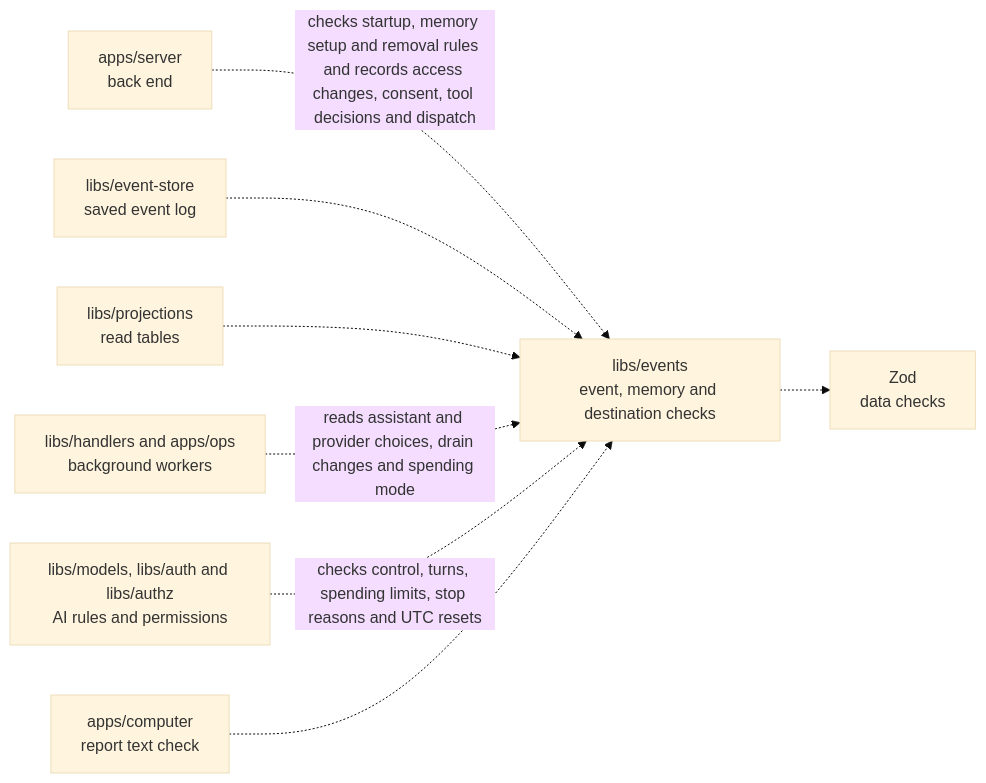
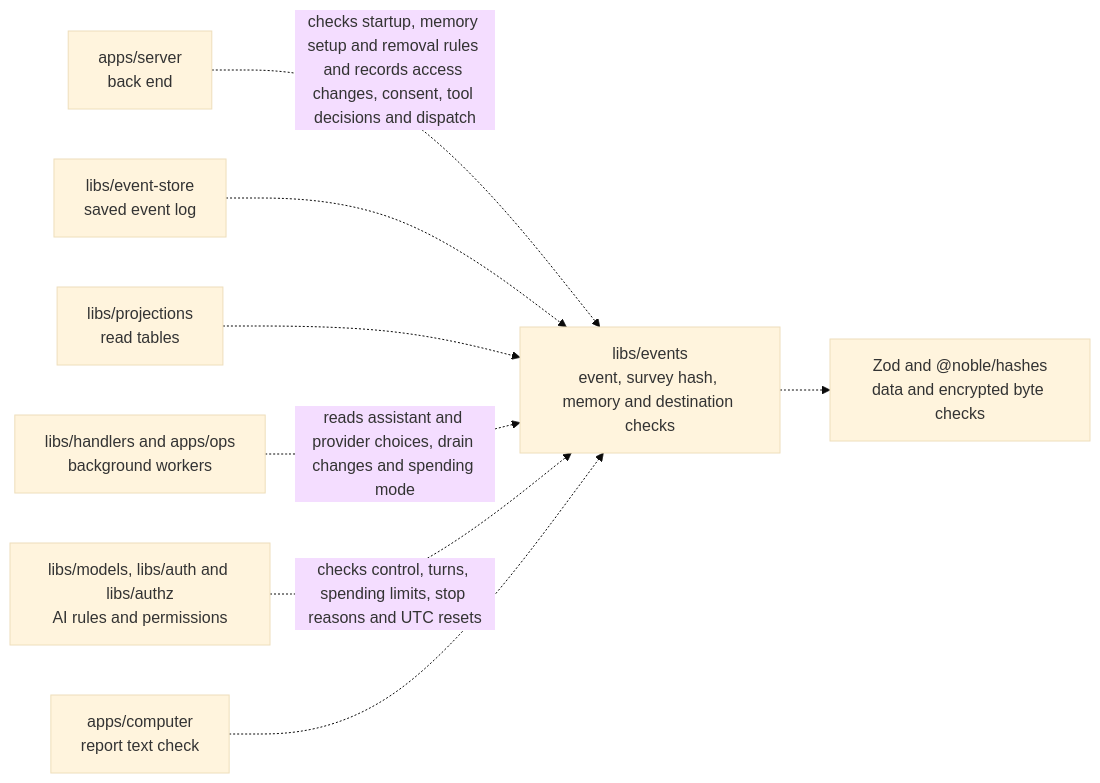
The diagram in libs/events/README.md (elewa-git/opencrane-new), drawn with Mermaid (base theme) before and after one commit. The commit also changed other lines of this file and 25 other files, not shown here.

First line of the commit message:
🔐 Welcome survey progress is saved encrypted with a checked digest, and private keys are prepared once (#345)

````diff
--- a/libs/events/README.md
+++ b/libs/events/README.md
@@ -23,10 +24,10 @@
 ```mermaid
 flowchart LR
-  server["apps/server<br/>back end"] -.->|checks startup, memory setup and removal rules and records access changes, consent, tool decisions and dispatch| events["libs/events<br/>event, memory and destination checks"]
+  server["apps/server<br/>back end"] -.->|checks startup, memory setup and removal rules and records access changes, consent, tool decisions and dispatch| events["libs/events<br/>event, survey hash, memory and destination checks"]
   store["libs/event-store<br/>saved event log"] -.-> events
   projections["libs/projections<br/>read tables"] -.-> events
   workers["libs/handlers and apps/ops<br/>background workers"] -.->|reads assistant and provider choices, drain changes and spending mode| events
   others["libs/models, libs/auth and libs/authz<br/>AI rules and permissions"] -.->|checks control, turns, spending limits, stop reasons and UTC resets| events
   computer["apps/computer<br/>report text check"] -.-> events
-  events -.-> zod["Zod<br/>data checks"]
+  events -.-> checks["Zod and @noble/hashes<br/>data and encrypted byte checks"]
 ```
````
